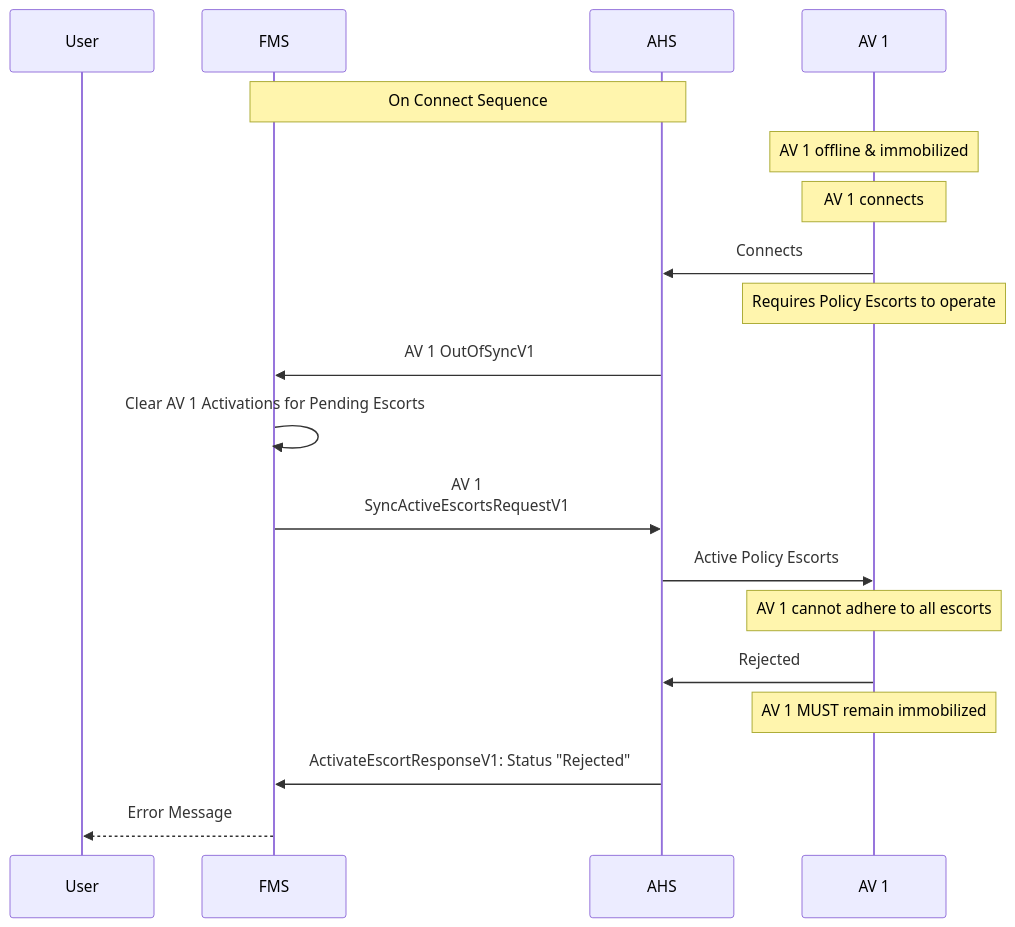
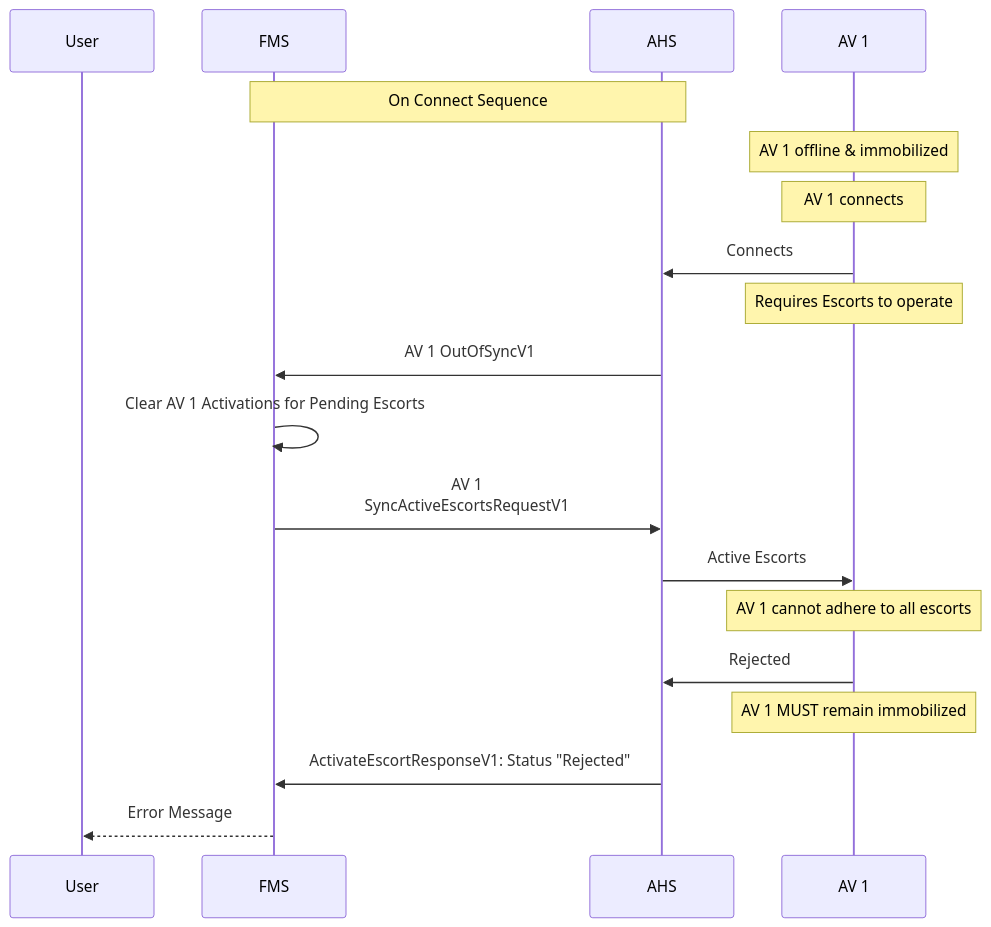
One commit to open-autonomy/escort changed the third of 3 diagrams in diagram/Synchronization.md. Above: the diagram before and after it, drawn with Mermaid. The commit also changed other lines of this file and 16 other files, not shown here.

````diff
--- a/diagram/Synchronization.md
+++ b/diagram/Synchronization.md
@@ -113,32 +113,32 @@
 ```mermaid
 sequenceDiagram
     participant User
     participant FMS
     participant AHS
     participant AV 1
 
     Note over FMS,AHS: On Connect Sequence
 
     Note over AV 1: AV 1 offline & immobilized
 
     Note Over AV 1: AV 1 connects
 
     AV 1->>AHS: Connects
-    Note Over AV 1: Requires Policy Escorts to operate
+    Note Over AV 1: Requires Escorts to operate
 
     AHS->>FMS: AV 1 OutOfSyncV1
     FMS->>FMS: Clear AV 1 Activations for Pending Escorts
 
     FMS->>AHS: AV 1 <br/> SyncActiveEscortsRequestV1
-    AHS->>AV 1: Active Policy Escorts
+    AHS->>AV 1: Active Escorts
     Note Over AV 1: AV 1 cannot adhere to all escorts
 
     AV 1->>AHS: Rejected
 
     Note Over AV 1: AV 1 MUST remain immobilized
 
     AHS->>FMS: ActivateEscortResponseV1: Status "Rejected"
 
     FMS-->>User: Error Message
 
 ```
````
